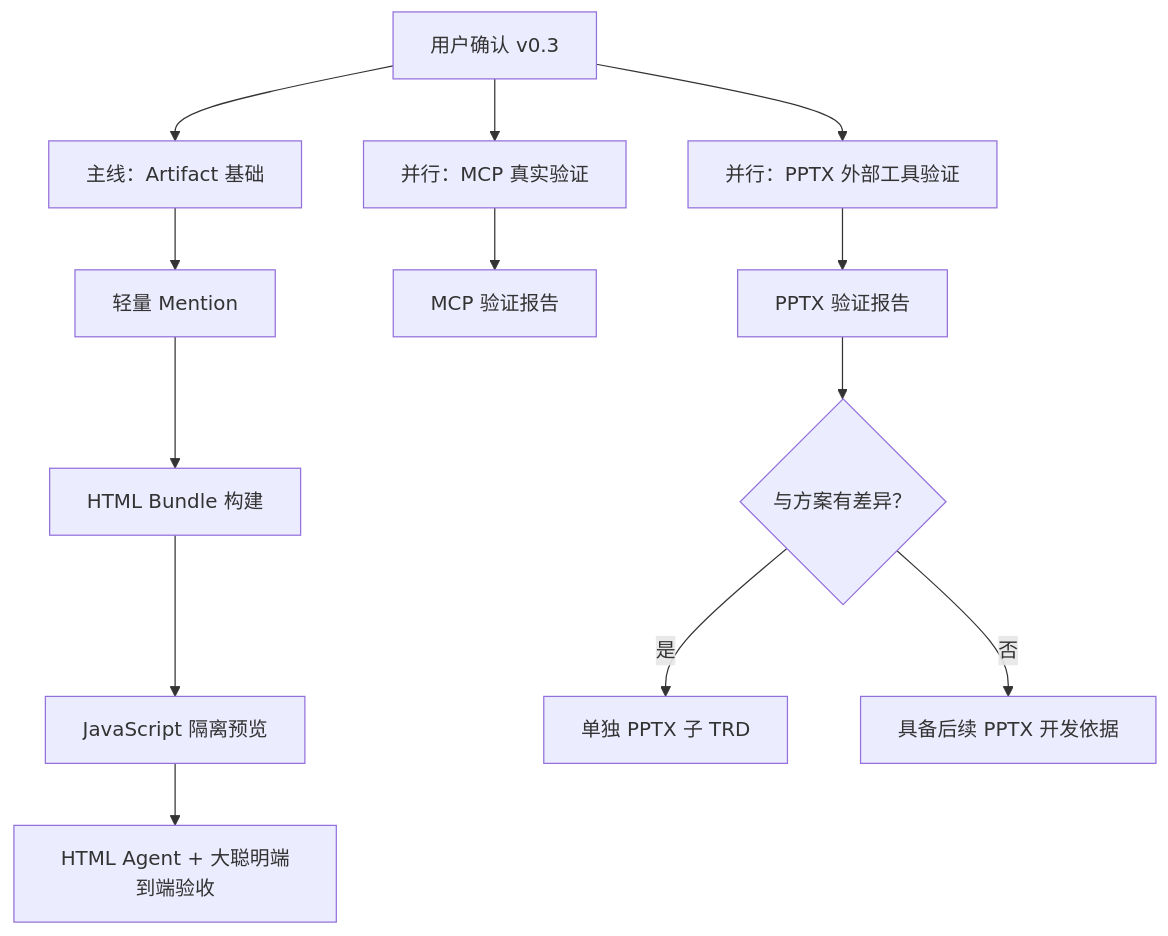
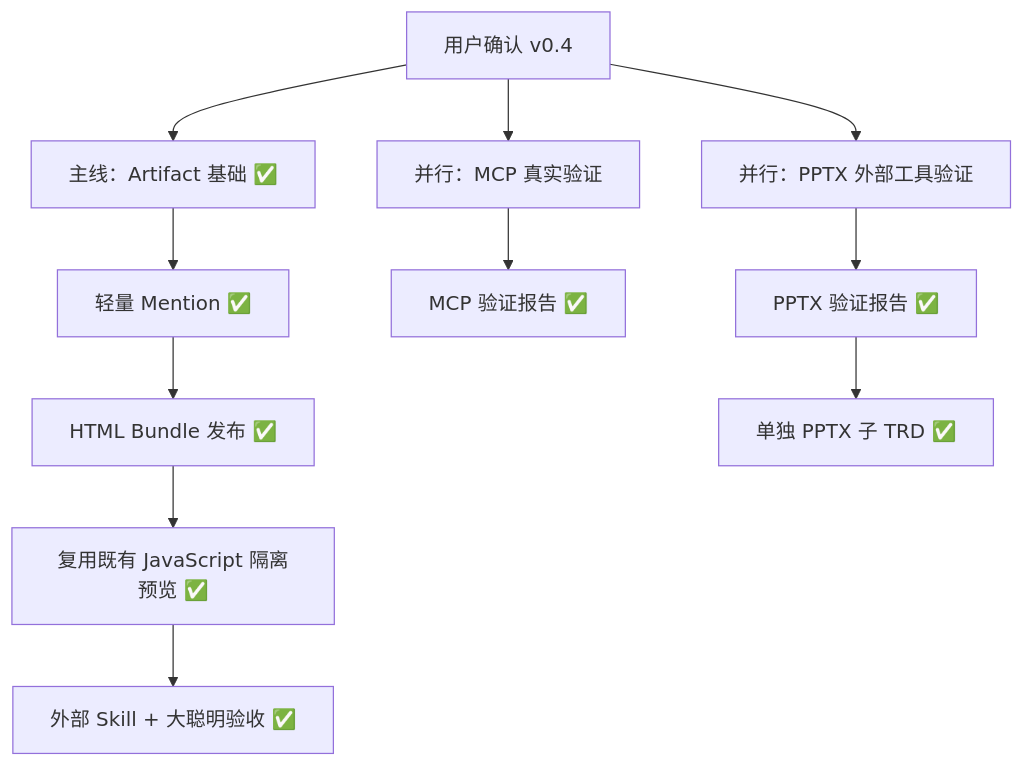
Before and after one commit to bambibren/Models-Kindergarten: the second of 2 diagrams in product/产物与HTML-PPT生成链路升级-202608171455/产物与HTML-PPT生成链路升级-trd.md, drawn with Mermaid. The commit also changed other lines of this file and 71 other files, not shown here.

````diff
--- a/product/产物与HTML-PPT生成链路升级-202608171455/产物与HTML-PPT生成链路升级-trd.md
+++ b/product/产物与HTML-PPT生成链路升级-202608171455/产物与HTML-PPT生成链路升级-trd.md
@@ -541,15 +507,13 @@
 ```mermaid
 flowchart TB
-    OK["用户确认 v0.3"] --> M1["主线：Artifact 基础"]
+    OK["用户确认 v0.4"] --> M1["主线：Artifact 基础 ✅"]
     OK --> MCP["并行：MCP 真实验证"]
     OK --> PPT["并行：PPTX 外部工具验证"]
-    M1 --> M2["轻量 Mention"]
-    M2 --> M3["HTML Bundle 构建"]
-    M3 --> M4["JavaScript 隔离预览"]
-    M4 --> M5["HTML Agent + 大聪明端到端验收"]
-    MCP --> MR["MCP 验证报告"]
-    PPT --> PR["PPTX 验证报告"]
-    PR --> D{"与方案有差异？"}
-    D -- "是" --> PTRD["单独 PPTX 子 TRD"]
-    D -- "否" --> READY["具备后续 PPTX 开发依据"]
+    M1 --> M2["轻量 Mention ✅"]
+    M2 --> M3["HTML Bundle 发布 ✅"]
+    M3 --> M4["复用既有 JavaScript 隔离预览 ✅"]
+    M4 --> M5["外部 Skill + 大聪明验收 ✅"]
+    MCP --> MR["MCP 验证报告 ✅"]
+    PPT --> PR["PPTX 验证报告 ✅"]
+    PR --> PTRD["单独 PPTX 子 TRD ✅"]
 ```
````
